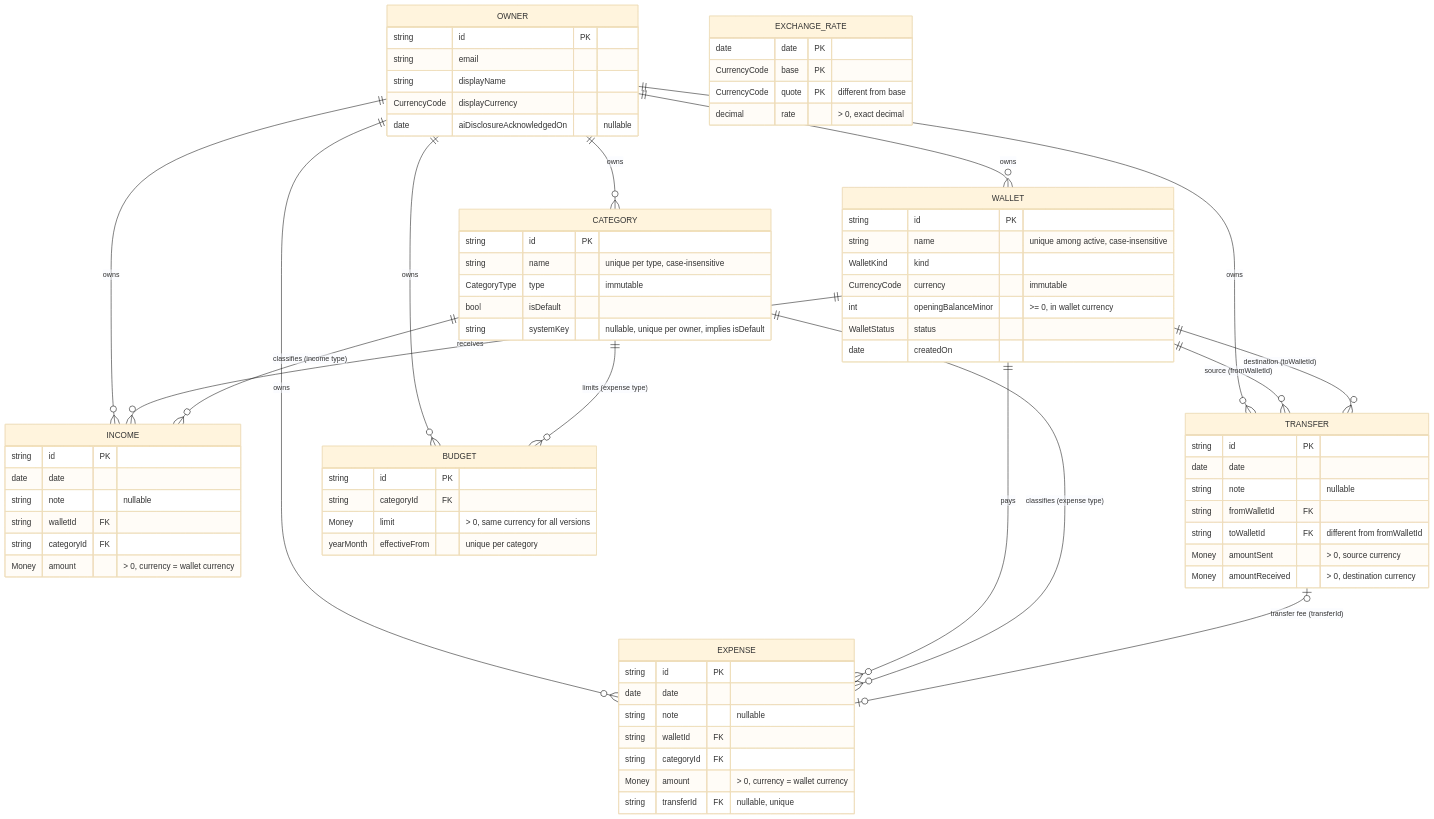
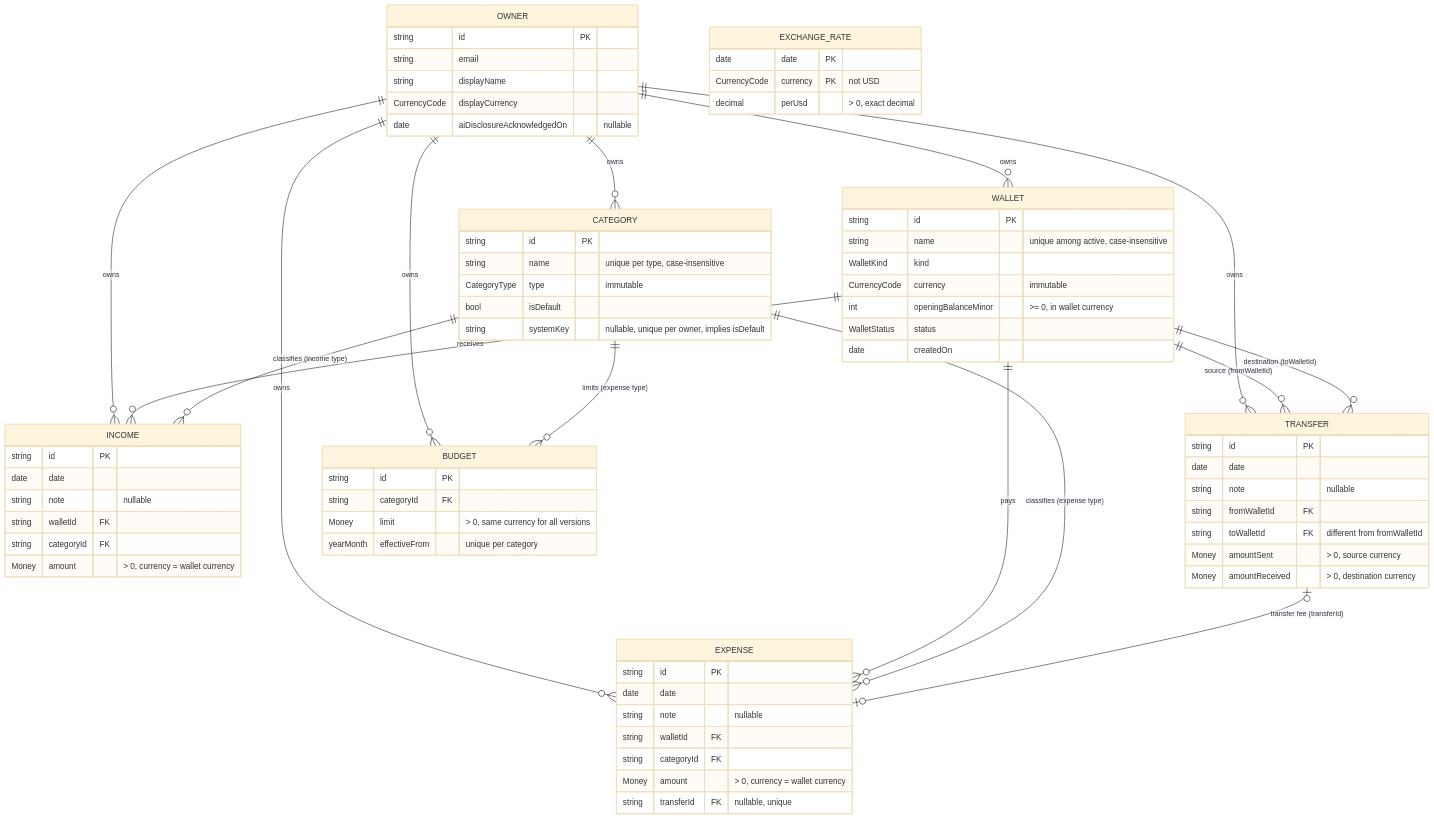
The first of 7 diagrams in docs/03-domain.md (FadiAbdAlJawwad/FinTrack-AI), drawn with Mermaid (base theme) before and after one commit. The commit also changed other lines of this file and 2 other files, not shown here.

Commit message:
docs: spec v1.3, domain v1.1, architecture v1.0, ADR-0001..0005 accepted

````diff
--- a/docs/03-domain.md
+++ b/docs/03-domain.md
@@ -59,82 +61,81 @@
 ```mermaid
 erDiagram
     OWNER ||--o{ WALLET : owns
     OWNER ||--o{ CATEGORY : owns
     OWNER ||--o{ INCOME : owns
     OWNER ||--o{ EXPENSE : owns
     OWNER ||--o{ TRANSFER : owns
     OWNER ||--o{ BUDGET : owns
 
     WALLET ||--o{ INCOME : receives
     WALLET ||--o{ EXPENSE : pays
     WALLET ||--o{ TRANSFER : "source (fromWalletId)"
     WALLET ||--o{ TRANSFER : "destination (toWalletId)"
 
     CATEGORY ||--o{ INCOME : "classifies (income type)"
     CATEGORY ||--o{ EXPENSE : "classifies (expense type)"
     CATEGORY ||--o{ BUDGET : "limits (expense type)"
 
     TRANSFER |o--o| EXPENSE : "transfer fee (transferId)"
 
     OWNER {
         string id PK
         string email
         string displayName
         CurrencyCode displayCurrency
         date aiDisclosureAcknowledgedOn "nullable"
     }
     WALLET {
         string id PK
         string name "unique among active, case-insensitive"
         WalletKind kind
         CurrencyCode currency "immutable"
         int openingBalanceMinor ">= 0, in wallet currency"
         WalletStatus status
         date createdOn
     }
     CATEGORY {
         string id PK
         string name "unique per type, case-insensitive"
         CategoryType type "immutable"
         bool isDefault
         string systemKey "nullable, unique per owner, implies isDefault"
     }
     INCOME {
         string id PK
         date date
         string note "nullable"
         string walletId FK
         string categoryId FK
         Money amount "> 0, currency = wallet currency"
     }
     EXPENSE {
         string id PK
         date date
         string note "nullable"
         string walletId FK
         string categoryId FK
         Money amount "> 0, currency = wallet currency"
         string transferId FK "nullable, unique"
     }
     TRANSFER {
         string id PK
         date date
         string note "nullable"
         string fromWalletId FK
         string toWalletId FK "different from fromWalletId"
         Money amountSent "> 0, source currency"
         Money amountReceived "> 0, destination currency"
     }
     BUDGET {
         string id PK
         string categoryId FK
         Money limit "> 0, same currency for all versions"
         yearMonth effectiveFrom "unique per category"
     }
     EXCHANGE_RATE {
         date date PK
-        CurrencyCode base PK
-        CurrencyCode quote PK "different from base"
-        decimal rate "> 0, exact decimal"
+        CurrencyCode currency PK "not USD"
+        decimal perUsd "> 0, exact decimal"
     }
 ```
````
